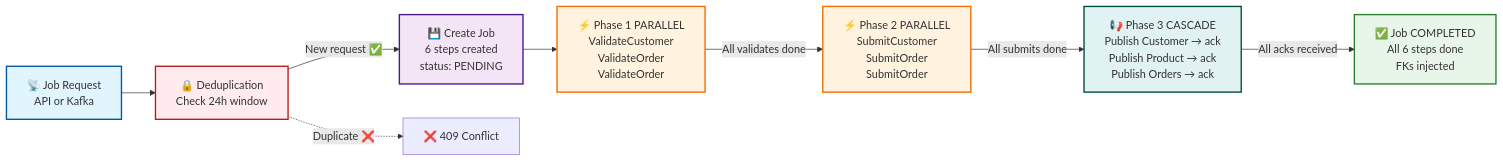
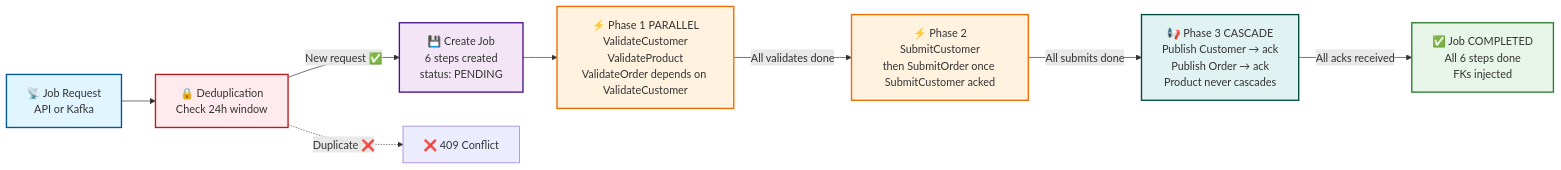
The eighth of 9 diagrams in docs/guides/system-architecture.md (inctasoft/setpoint-evals-dtm-examples), drawn with Mermaid before and after one commit. The commit also changed other lines of this file, not shown here.

````diff
--- a/docs/guides/system-architecture.md
+++ b/docs/guides/system-architecture.md
@@ -956,38 +953,38 @@
 ```mermaid
 graph LR
     START[📡 Job Request<br/>API or Kafka]
 
     DEDUP[🔒 Deduplication<br/>Check 24h window]
 
     CREATE[💾 Create Job<br/>6 steps created<br/>status: PENDING]
 
-    PHASE1[⚡ Phase 1 PARALLEL<br/>ValidateCustomer<br/>ValidateOrder<br/>ValidateOrder]
+    PHASE1[⚡ Phase 1 PARALLEL<br/>ValidateCustomer<br/>ValidateProduct<br/>ValidateOrder depends on ValidateCustomer]
 
-    PHASE2[⚡ Phase 2 PARALLEL<br/>SubmitCustomer<br/>SubmitOrder<br/>SubmitOrder]
+    PHASE2[⚡ Phase 2<br/>SubmitCustomer<br/>then SubmitOrder once SubmitCustomer acked]
 
-    CASCADE[📢 Phase 3 CASCADE<br/>Publish Customer → ack<br/>Publish Product → ack<br/>Publish Orders → ack]
+    CASCADE[📢 Phase 3 CASCADE<br/>Publish Customer → ack<br/>Publish Order → ack<br/>Product never cascades]
 
     COMPLETE[✅ Job COMPLETED<br/>All 6 steps done<br/>FKs injected]
 
     START --> DEDUP
     DEDUP -->|New request ✅| CREATE
     DEDUP -.->|Duplicate ❌| REJECT[❌ 409 Conflict]
     CREATE --> PHASE1
     PHASE1 -->|All validates done| PHASE2
     PHASE2 -->|All submits done| CASCADE
     CASCADE -->|All acks received| COMPLETE
 
     classDef entry fill:#e1f5fe,stroke:#01579b,stroke-width:2px
     classDef security fill:#ffebee,stroke:#b71c1c,stroke-width:2px
     classDef orchestrator fill:#f3e5f5,stroke:#4a148c,stroke-width:2px
     classDef processing fill:#fff3e0,stroke:#ef6c00,stroke-width:2px
     classDef kafka fill:#e0f2f1,stroke:#004d40,stroke-width:2px
     classDef complete fill:#e8f5e9,stroke:#2e7d32,stroke-width:2px
 
     class START entry
     class DEDUP security
     class CREATE orchestrator
     class PHASE1,PHASE2 processing
     class CASCADE kafka
     class COMPLETE complete
 ```
````
